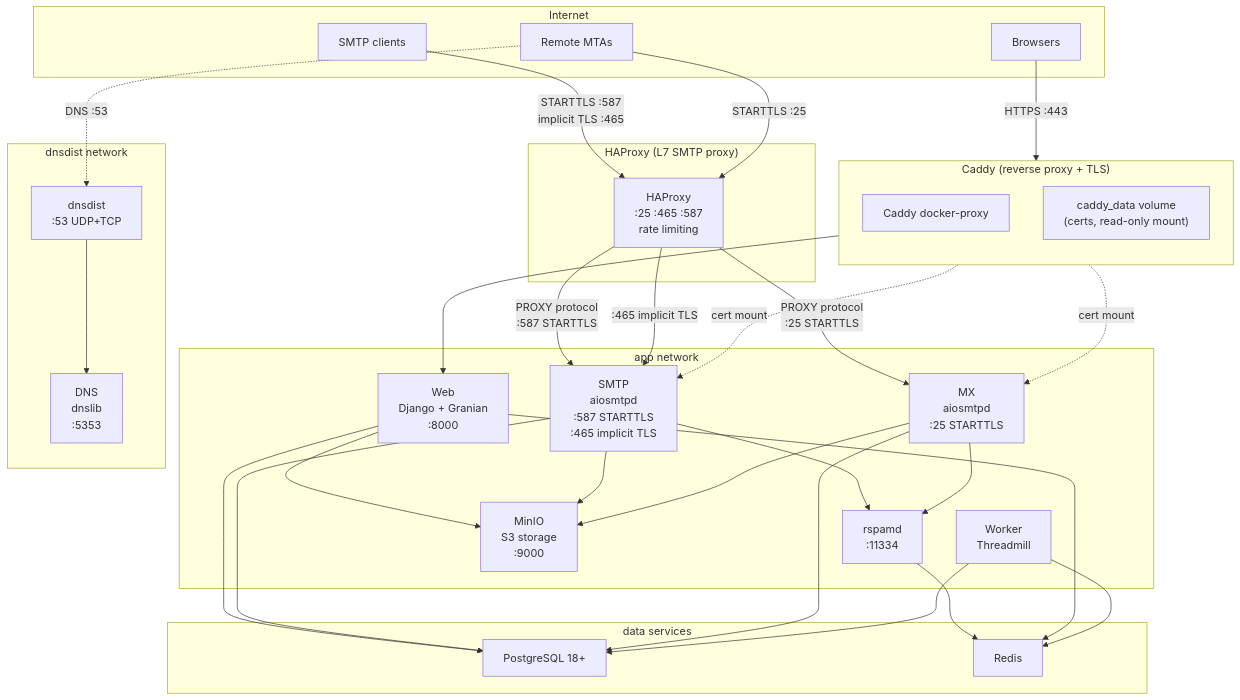
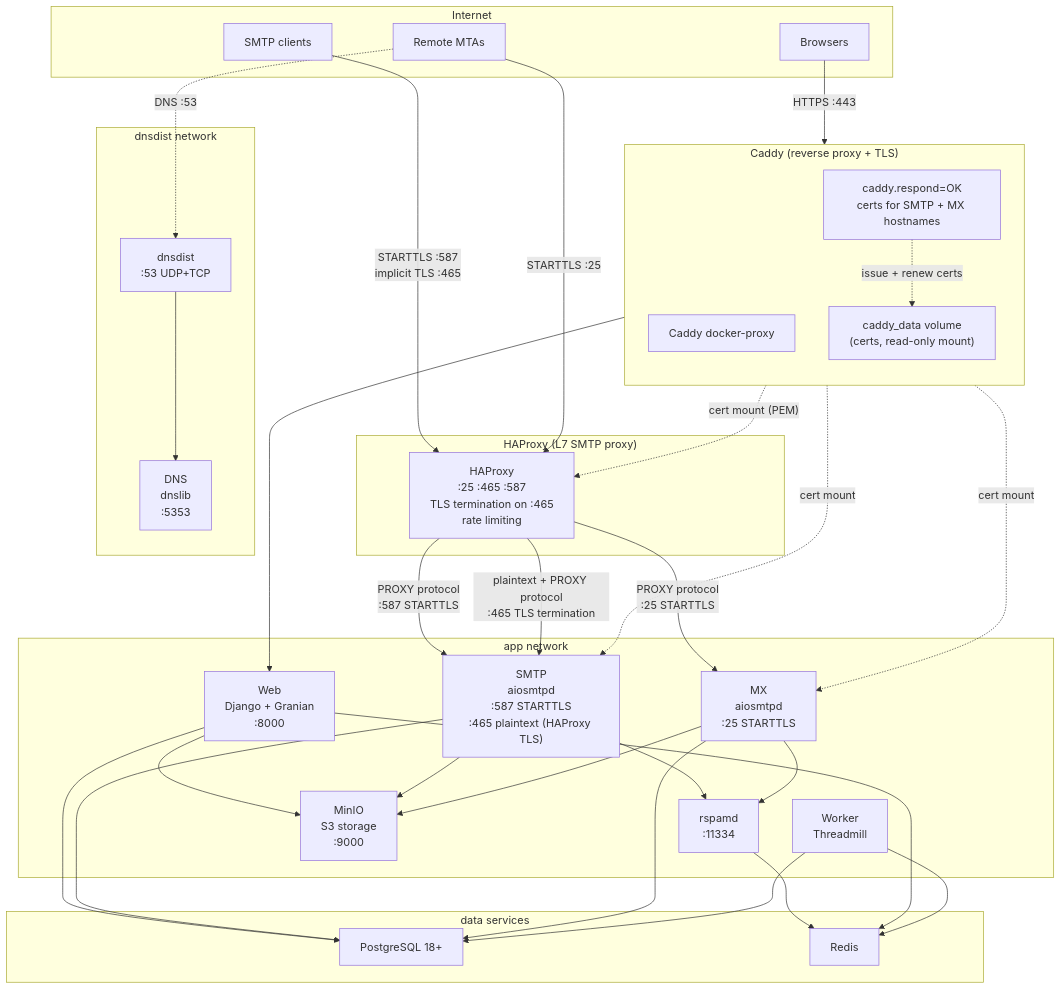
Before and after one commit to codingjoe/relay: the first of 2 diagrams in README.md, drawn with Mermaid. The commit also changed 4 other files, not shown here.

First line of the commit message:
Add handle_PROXY hook, fix TLS termination and cert hostname defaults

````diff
--- a/README.md
+++ b/README.md
@@ -89,64 +89,67 @@
 ```mermaid
 flowchart TD
   subgraph Internet["Internet"]
     Client["SMTP clients"]
     Sender["Remote MTAs"]
     Browser["Browsers"]
   end
 
   subgraph Caddy["Caddy (reverse proxy + TLS)"]
     direction TB
     CaddyProxy["Caddy docker-proxy"]
+    CaddyCerts["caddy.respond=OK\ncerts for SMTP + MX hostnames"]
     CaddyData["caddy_data volume\n(certs, read-only mount)"]
   end
 
   subgraph HAProxy["HAProxy (L7 SMTP proxy)"]
-    HAProxyNode["HAProxy\n:25 :465 :587\nrate limiting"]
+    HAProxyNode["HAProxy\n:25 :465 :587\nTLS termination on :465\nrate limiting"]
   end
 
   subgraph App["app network"]
     Web["Web\nDjango + Granian\n:8000"]
-    SMTP["SMTP\naiosmtpd\n:587 STARTTLS\n:465 implicit TLS"]
+    SMTP["SMTP\naiosmtpd\n:587 STARTTLS\n:465 plaintext (HAProxy TLS)"]
     MX["MX\naiosmtpd\n:25 STARTTLS"]
     Worker["Worker\nThreadmill"]
     rspamd["rspamd\n:11334"]
     MinIO["MinIO\nS3 storage\n:9000"]
   end
 
   subgraph Data["data services"]
     PG["PostgreSQL 18+"]
     Redis["Redis"]
   end
 
   subgraph DNS["dnsdist network"]
     dnsdist["dnsdist\n:53 UDP+TCP"]
     DNSns["DNS\ndnslib\n:5353"]
   end
 
   Browser -->|"HTTPS :443"| CaddyProxy
   CaddyProxy --> Web
   Client -->|"STARTTLS :587\nimplicit TLS :465"| HAProxyNode
   Sender -->|"STARTTLS :25"| HAProxyNode
   HAProxyNode -->|"PROXY protocol\n:587 STARTTLS"| SMTP
-  HAProxyNode -->|":465 implicit TLS"| SMTP
+  HAProxyNode -->|"plaintext + PROXY protocol\n:465 TLS termination"| SMTP
   HAProxyNode -->|"PROXY protocol\n:25 STARTTLS"| MX
+  CaddyCerts -.->|"issue + renew certs"| CaddyData
   CaddyData -.->|"cert mount"| SMTP
   CaddyData -.->|"cert mount"| MX
+  CaddyData -.->|"cert mount (PEM)"| HAProxyNode
 
   SMTP --> rspamd
   MX --> rspamd
   rspamd --> Redis
 
   Web --> PG
   Web --> Redis
   Web --> MinIO
   SMTP --> PG
   SMTP --> MinIO
   MX --> PG
   MX --> MinIO
   Worker --> PG
   Worker --> Redis
 
   dnsdist --> DNSns
   Sender -.->|"DNS :53"| dnsdist
 ```
````
